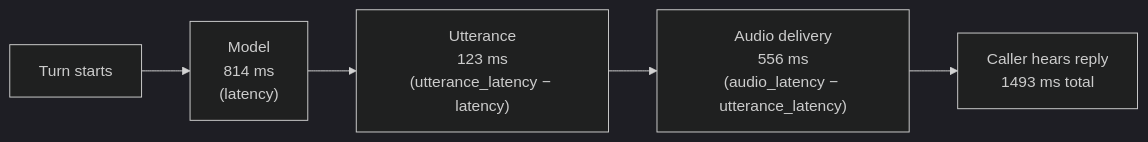
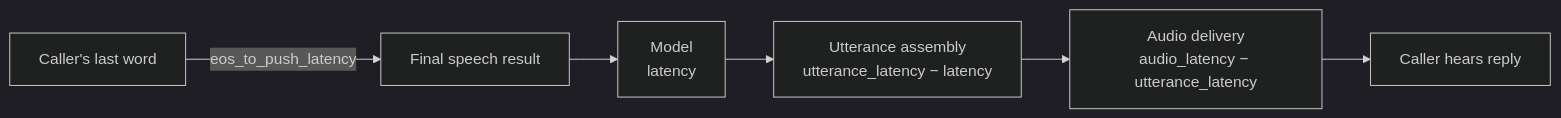
Before and after one commit to signalwire/docs: the diagram in fern/products/platform/pages/ai/guides/analytics.mdx, drawn with Mermaid (dark theme). The commit also changed other lines of this file and 7 other files, not shown here.

````diff
--- a/fern/products/platform/pages/ai/guides/analytics.mdx
+++ b/fern/products/platform/pages/ai/guides/analytics.mdx
@@ -268,7 +204,8 @@
 ```mermaid
 flowchart LR
-    S["Turn starts"] --> M["Model<br/>814 ms<br/>(latency)"]
-    M --> U["Utterance<br/>123 ms<br/>(utterance_latency − latency)"]
-    U --> A["Audio delivery<br/>556 ms<br/>(audio_latency − utterance_latency)"]
-    A --> E["Caller hears reply<br/>1493 ms total"]
+    W["Caller's last word"] -->|"eos_to_push_latency"| S["Final speech result"]
+    S --> M["Model<br/>latency"]
+    M --> U["Utterance assembly<br/>utterance_latency − latency"]
+    U --> A["Audio delivery<br/>audio_latency − utterance_latency"]
+    A --> E["Caller hears reply"]
 ```
````
